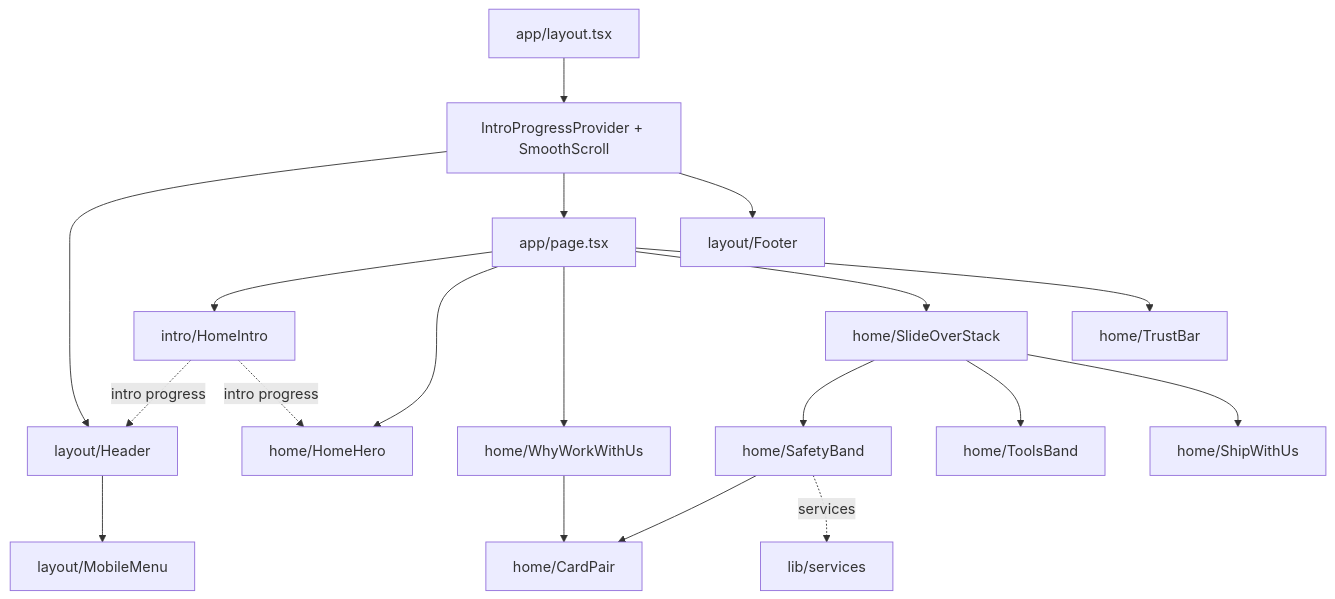
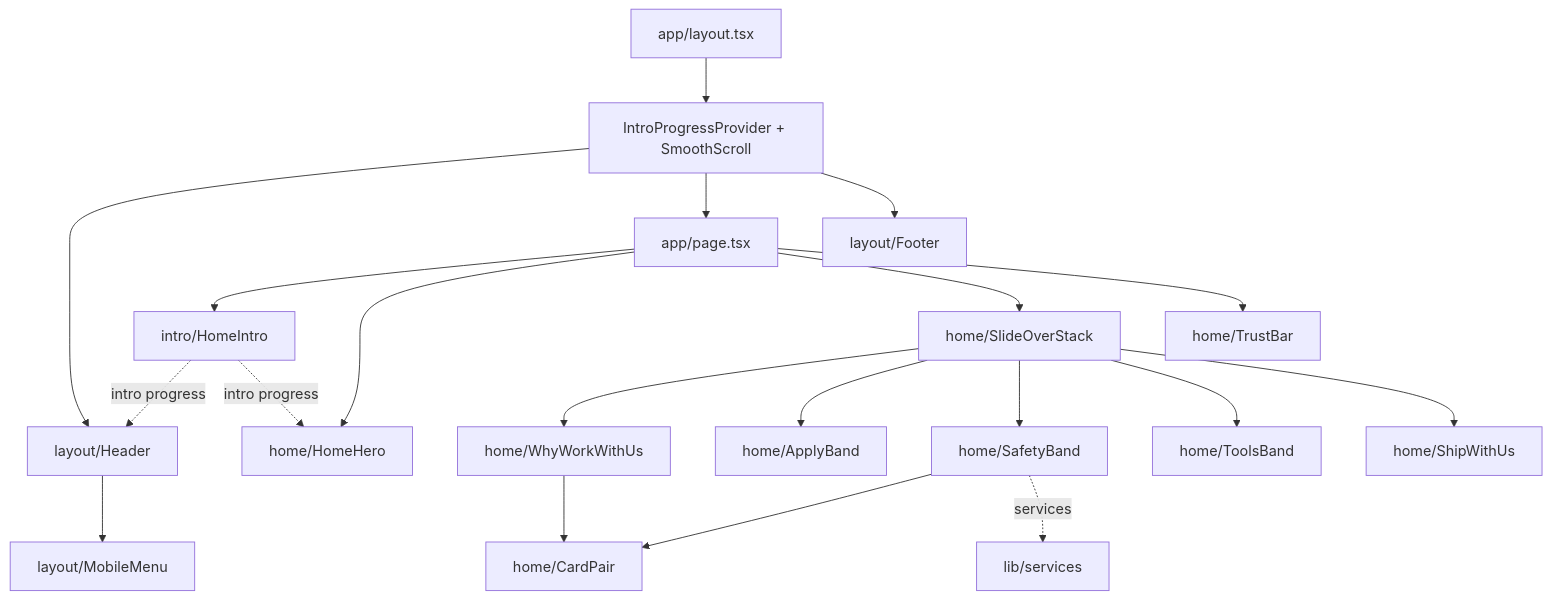
One commit to stadlerv3311/laughing-dollop changed the diagram in docs/NAVIGATION.md. Above: the diagram before and after it, drawn with Mermaid. The commit also changed other lines of this file and 7 other files, not shown here.

````diff
--- a/docs/NAVIGATION.md
+++ b/docs/NAVIGATION.md
@@ -65,21 +66,22 @@
 ```mermaid
 flowchart TD
   Layout["app/layout.tsx"] --> Providers["IntroProgressProvider + SmoothScroll"]
   Providers --> Header["layout/Header"]
   Providers --> Page["app/page.tsx"]
   Providers --> Footer["layout/Footer"]
   Header --> MobileMenu["layout/MobileMenu"]
   Page --> HomeIntro["intro/HomeIntro"]
   Page --> HomeHero["home/HomeHero"]
-  Page --> WhyWorkWithUs["home/WhyWorkWithUs"]
+  SlideOverStack --> WhyWorkWithUs["home/WhyWorkWithUs"]
+  SlideOverStack --> ApplyBand["home/ApplyBand"]
   Page --> SlideOverStack["home/SlideOverStack"]
   SlideOverStack --> SafetyBand["home/SafetyBand"]
   SlideOverStack --> ToolsBand["home/ToolsBand"]
   SlideOverStack --> ShipWithUs["home/ShipWithUs"]
   SafetyBand --> CardPair["home/CardPair"]
   SafetyBand -. "services" .-> Services["lib/services"]
   WhyWorkWithUs --> CardPair
   Page --> TrustBar["home/TrustBar"]
   HomeIntro -. "intro progress" .-> Header
   HomeIntro -. "intro progress" .-> HomeHero
 ```
````
